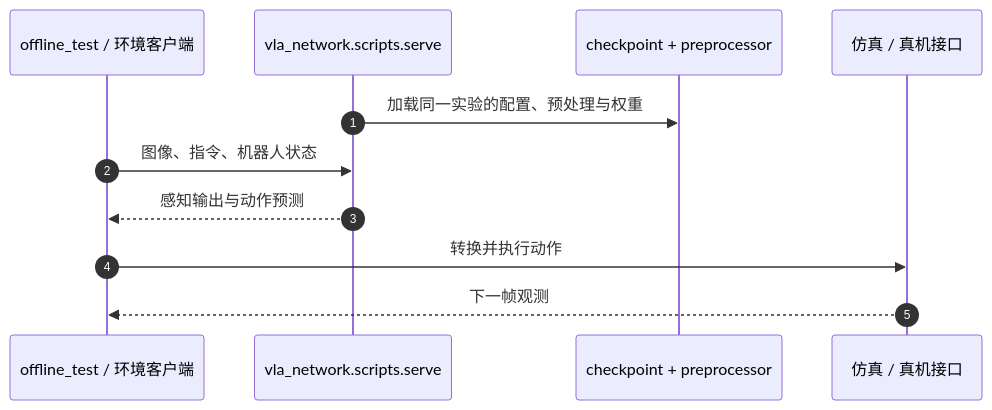
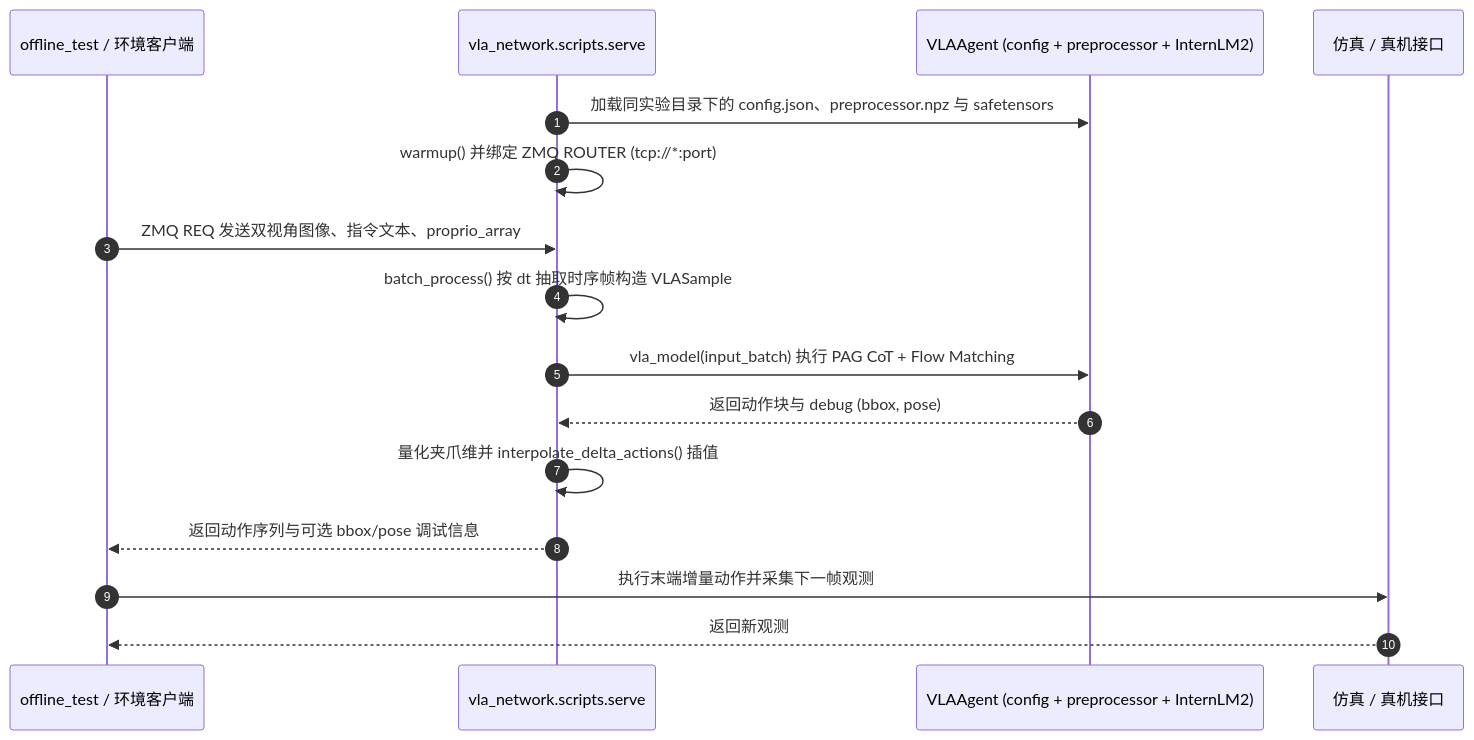
Before and after one commit to ImChong/Robotics_Notebooks: the second of 2 diagrams in wiki/entities/cn-os-graspvla.md, drawn with Mermaid. The commit also changed other lines of this file and 450 other files, not shown here.

Commit message:
[2026-11-22] ingest | sources/ & wiki/ — 补齐 33 家公司路线 165/167 节点一手原文通读、骨架与 Mermaid 图表至 3/3

````diff
--- a/wiki/entities/cn-os-graspvla.md
+++ b/wiki/entities/cn-os-graspvla.md
@@ -53,13 +82,18 @@
 ```mermaid
 sequenceDiagram
     autonumber
     participant U as offline_test / 环境客户端
     participant S as vla_network.scripts.serve
-    participant C as checkpoint + preprocessor
+    participant A as VLAAgent (config + preprocessor + InternLM2)
     participant R as 仿真 / 真机接口
-    S->>C: 加载同一实验的配置、预处理与权重
-    U->>S: 图像、指令、机器人状态
-    S-->>U: 感知输出与动作预测
-    U->>R: 转换并执行动作
-    R-->>U: 下一帧观测
+    S->>A: 加载同实验目录下的 config.json、preprocessor.npz 与 safetensors
+    S->>S: warmup() 并绑定 ZMQ ROUTER (tcp://*:port)
+    U->>S: ZMQ REQ 发送双视角图像、指令文本、proprio_array
+    S->>S: batch_process() 按 dt 抽取时序帧构造 VLASample
+    S->>A: vla_model(input_batch) 执行 PAG CoT + Flow Matching
+    A-->>S: 返回动作块与 debug (bbox, pose)
+    S->>S: 量化夹爪维并 interpolate_delta_actions() 插值
+    S-->>U: 返回动作序列与可选 bbox/pose 调试信息
+    U->>R: 执行末端增量动作并采集下一帧观测
+    R-->>U: 返回新观测
 ```
````
